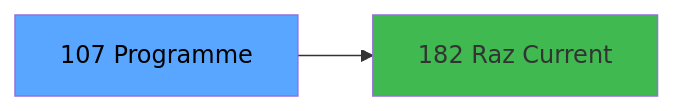
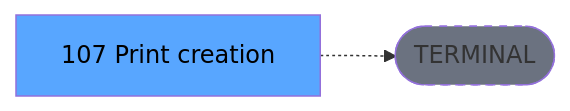
One commit to thonyAGP/lecteur-magic changed the third of 3 diagrams in .openspec/renders/ADH-IDE-107.md. Above: the diagram before and after it, drawn with Mermaid. The commit also changed other lines of this file and 701 other files, not shown here.

````diff
--- a/.openspec/renders/ADH-IDE-107.md
+++ b/.openspec/renders/ADH-IDE-107.md
@@ -153,8 +140,8 @@
 ```mermaid
 graph LR
-    T[107 Programme]
-    C182[182 Raz Current ]
-    T --> C182
+    T[107 Print creation ]
+    TERM([TERMINAL])
+    T -.-> TERM
+    style TERM fill:#6b7280,stroke-dasharray: 5 5
     style T fill:#58a6ff,color:#000
-    style C182 fill:#3fb950
 ```
````
